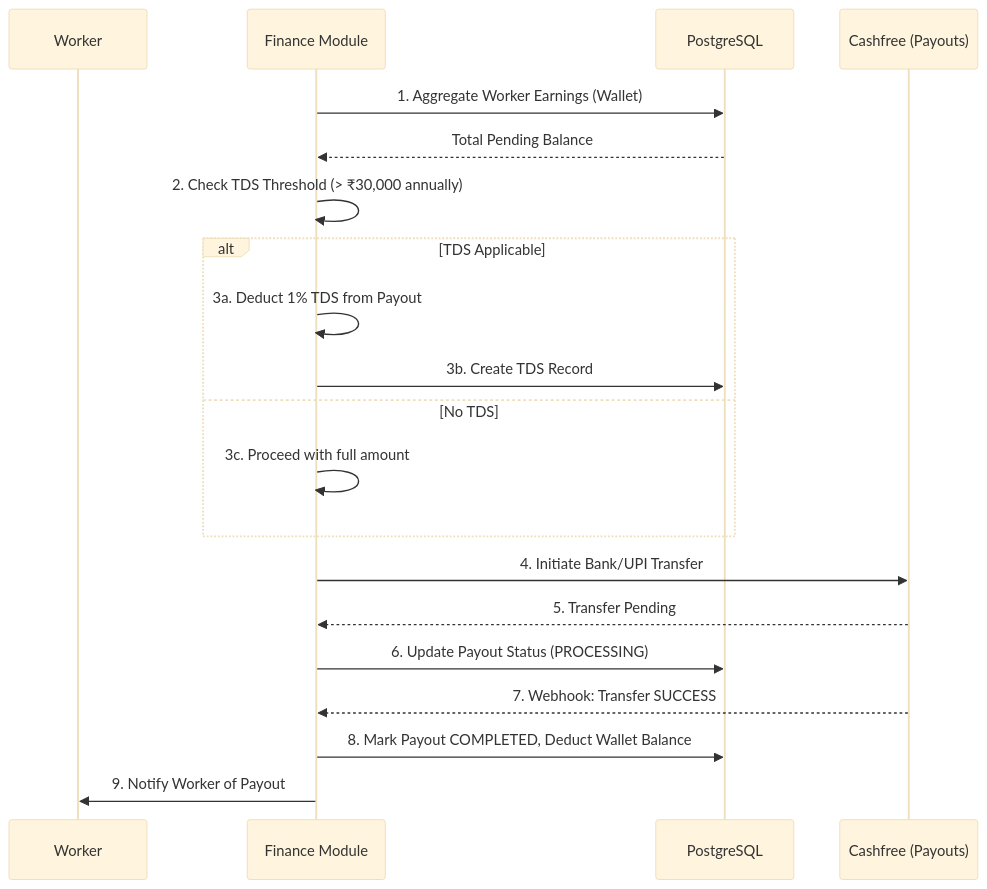
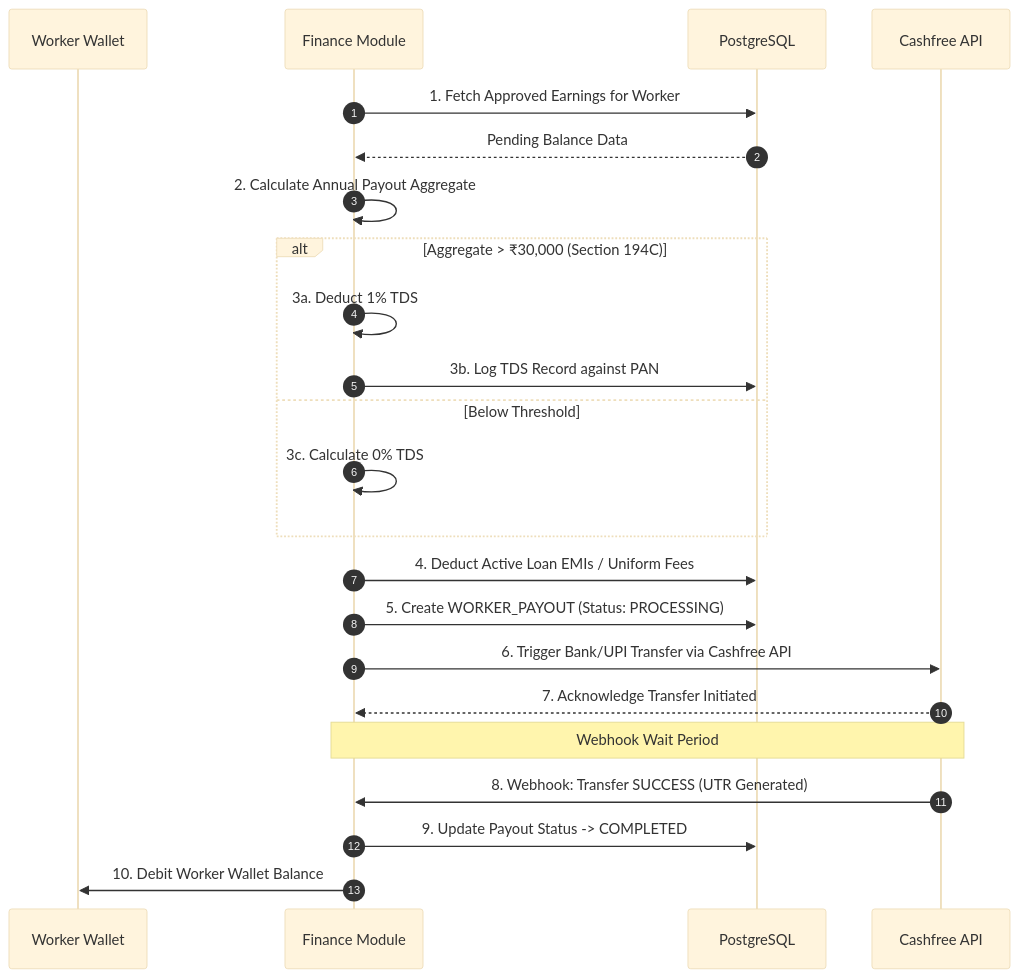
The fourth of 4 diagrams in README.md (inistnt/inistnt), drawn with Mermaid (base theme) before and after one commit. The commit also changed other lines of this file, not shown here.

````diff
--- a/README.md
+++ b/README.md
@@ -191,25 +257,29 @@
 ```mermaid
 sequenceDiagram
-    participant Worker
-    participant System as Finance Module
+    autonumber
+    participant W as Worker Wallet
+    participant F as Finance Module
     participant DB as PostgreSQL
-    participant Gateway as Cashfree (Payouts)
+    participant C as Cashfree API
 
-    System->>DB: 1. Aggregate Worker Earnings (Wallet)
-    DB-->>System: Total Pending Balance
-    System->>System: 2. Check TDS Threshold (> ₹30,000 annually)
+    F->>DB: 1. Fetch Approved Earnings for Worker
+    DB-->>F: Pending Balance Data
+    F->>F: 2. Calculate Annual Payout Aggregate
     
-    alt TDS Applicable
-        System->>System: 3a. Deduct 1% TDS from Payout
-        System->>DB: 3b. Create TDS Record
-    else No TDS
-        System->>System: 3c. Proceed with full amount
+    alt Aggregate > ₹30,000 (Section 194C)
+        F->>F: 3a. Deduct 1% TDS
+        F->>DB: 3b. Log TDS Record against PAN
+    else Below Threshold
+        F->>F: 3c. Calculate 0% TDS
     end
     
-    System->>Gateway: 4. Initiate Bank/UPI Transfer
-    Gateway-->>System: 5. Transfer Pending
-    System->>DB: 6. Update Payout Status (PROCESSING)
-    Gateway-->>System: 7. Webhook: Transfer SUCCESS
-    System->>DB: 8. Mark Payout COMPLETED, Deduct Wallet Balance
-    System->>Worker: 9. Notify Worker of Payout
+    F->>DB: 4. Deduct Active Loan EMIs / Uniform Fees
+    F->>DB: 5. Create WORKER_PAYOUT (Status: PROCESSING)
+    F->>C: 6. Trigger Bank/UPI Transfer via Cashfree API
+    
+    C-->>F: 7. Acknowledge Transfer Initiated
+    Note over F, C: Webhook Wait Period
+    C->>F: 8. Webhook: Transfer SUCCESS (UTR Generated)
+    F->>DB: 9. Update Payout Status -> COMPLETED
+    F->>W: 10. Debit Worker Wallet Balance
 ```
````
